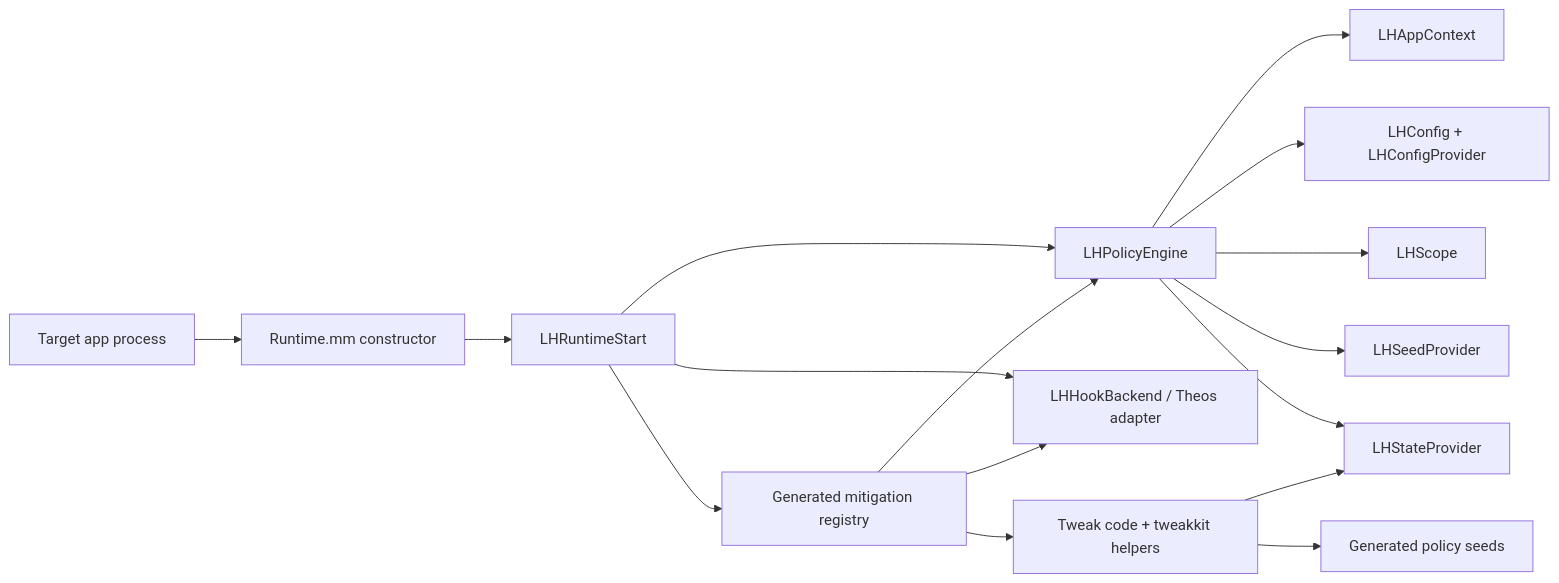
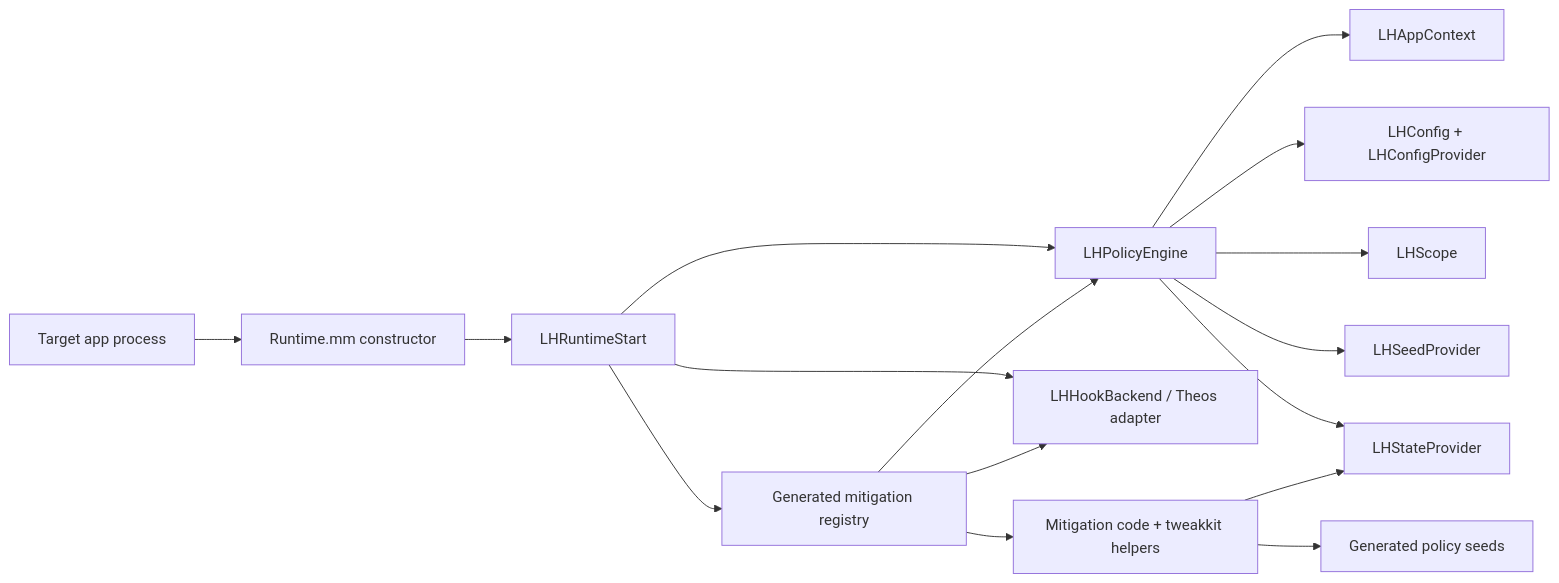
Before and after one commit to alecs297/loupehole: the diagram in docs/development/runtime-architecture.md, drawn with Mermaid. The commit also changed other lines of this file and 20 other files, not shown here.

````diff
--- a/docs/development/runtime-architecture.md
+++ b/docs/development/runtime-architecture.md
@@ -9,18 +9,18 @@
 ```mermaid
 flowchart LR
     App["Target app process"] --> Entry["Runtime.mm constructor"]
     Entry --> Runtime["LHRuntimeStart"]
     Runtime --> Engine["LHPolicyEngine"]
     Runtime --> Backend["LHHookBackend / Theos adapter"]
     Engine --> Context["LHAppContext"]
     Engine --> Config["LHConfig + LHConfigProvider"]
     Engine --> Scope["LHScope"]
     Engine --> Seed["LHSeedProvider"]
     Engine --> State["LHStateProvider"]
     Runtime --> Modules["Generated mitigation registry"]
     Modules --> Backend
     Modules --> Engine
-    Modules --> Tweak["Tweak code + tweakkit helpers"]
-    Tweak --> State
-    Tweak --> Seeds["Generated policy seeds"]
+    Modules --> Mitigation["Mitigation code + tweakkit helpers"]
+    Mitigation --> State
+    Mitigation --> Seeds["Generated policy seeds"]
 ```
````
